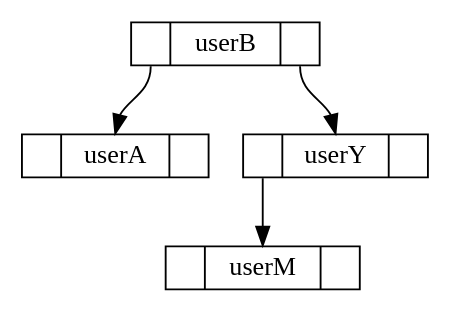
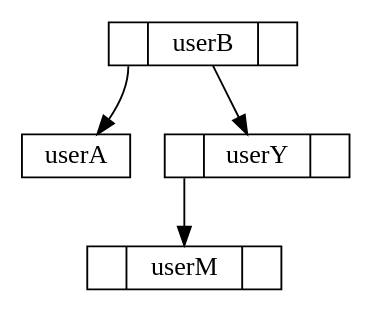
The diagram in PROYECTO1/userAVL.dot (cresb-49/PROYECTO1_EED), drawn with Graphviz before and after one commit. The commit also changed 10 other files, not shown here.

```diff
--- a/PROYECTO1/userAVL.dot
+++ b/PROYECTO1/userAVL.dot
@@ -1,9 +1,9 @@
 digraph userAVL {node[shape = record,height=.1];
-nodeAVLuserA[label = "<f0> |<f1> userA|<f2> "];
+nodeAVLuserA[label = "userA"];
 nodeAVLuserB[label = "<f0> |<f1> userB|<f2> "];
 nodeAVLuserM[label = "<f0> |<f1> userM|<f2> "];
 nodeAVLuserY[label = "<f0> |<f1> userY|<f2> "];
-"nodeAVLuserB":f2 -> "nodeAVLuserY":f1;
+"nodeAVLuserB" -> "nodeAVLuserY";
 "nodeAVLuserB":f0 -> "nodeAVLuserA":f1;
 "nodeAVLuserY":f0 -> "nodeAVLuserM":f1;
 }
```
